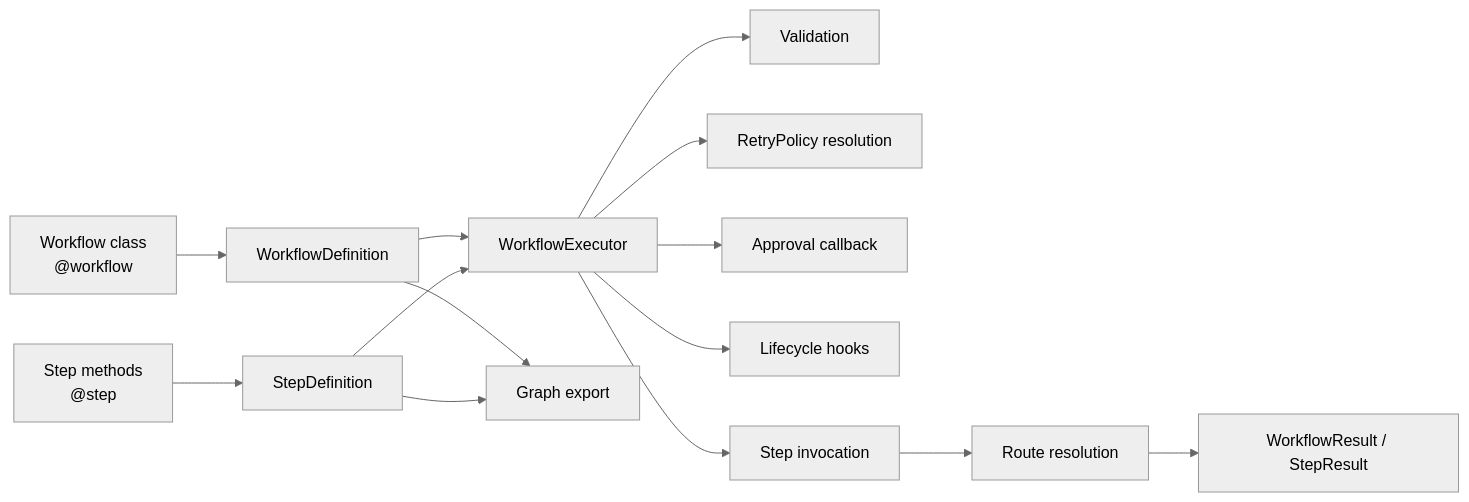
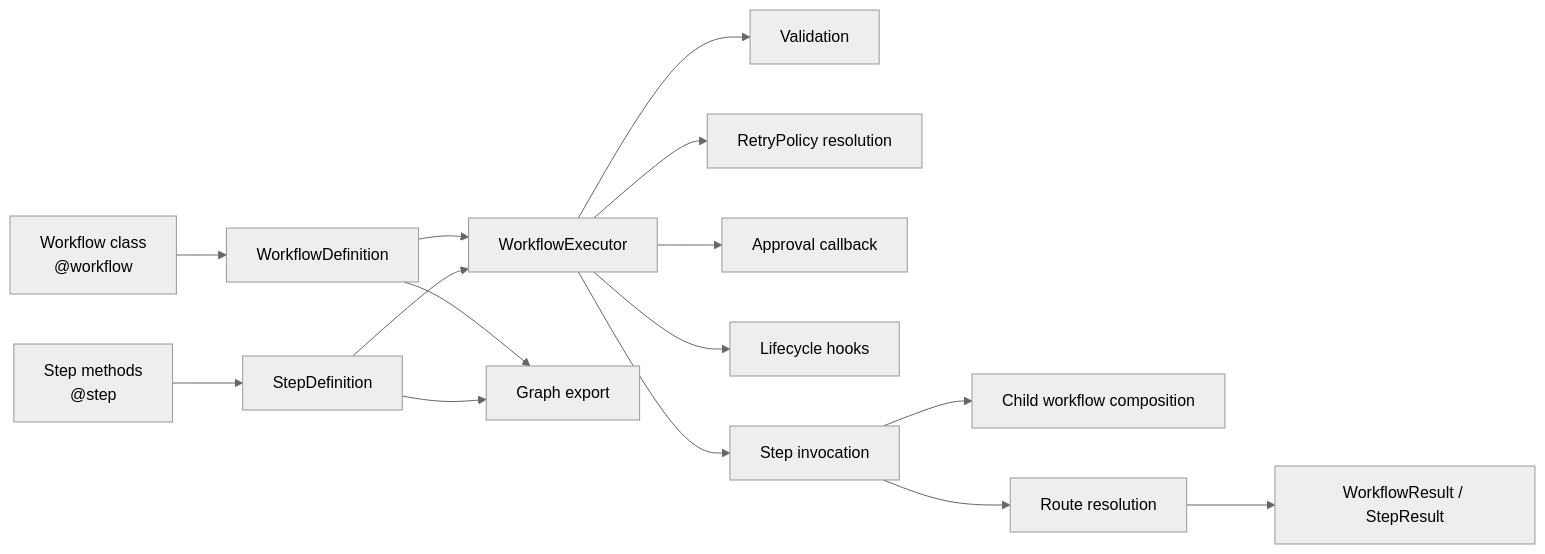
One commit to danishali778/agentflowkit changed the first of 2 diagrams in docs/architecture/overview.md. Above: the diagram before and after it, drawn with Mermaid (neutral theme). The commit also changed other lines of this file and 15 other files, not shown here.

First line of the commit message:
feat: add workflow composition (#13)

````diff
--- a/docs/architecture/overview.md
+++ b/docs/architecture/overview.md
@@ -19,16 +19,17 @@
 ```mermaid
 flowchart LR
     A[Workflow class<br/>@workflow] --> B[WorkflowDefinition]
     C[Step methods<br/>@step] --> D[StepDefinition]
     B --> E[WorkflowExecutor]
     D --> E
     B --> L[Graph export]
     D --> L
     E --> F[Validation]
     E --> G[RetryPolicy resolution]
     E --> K[Approval callback]
     E --> M[Lifecycle hooks]
     E --> J[Step invocation]
+    J --> N[Child workflow composition]
     J --> H[Route resolution]
     H --> I[WorkflowResult / StepResult]
 ```
````
